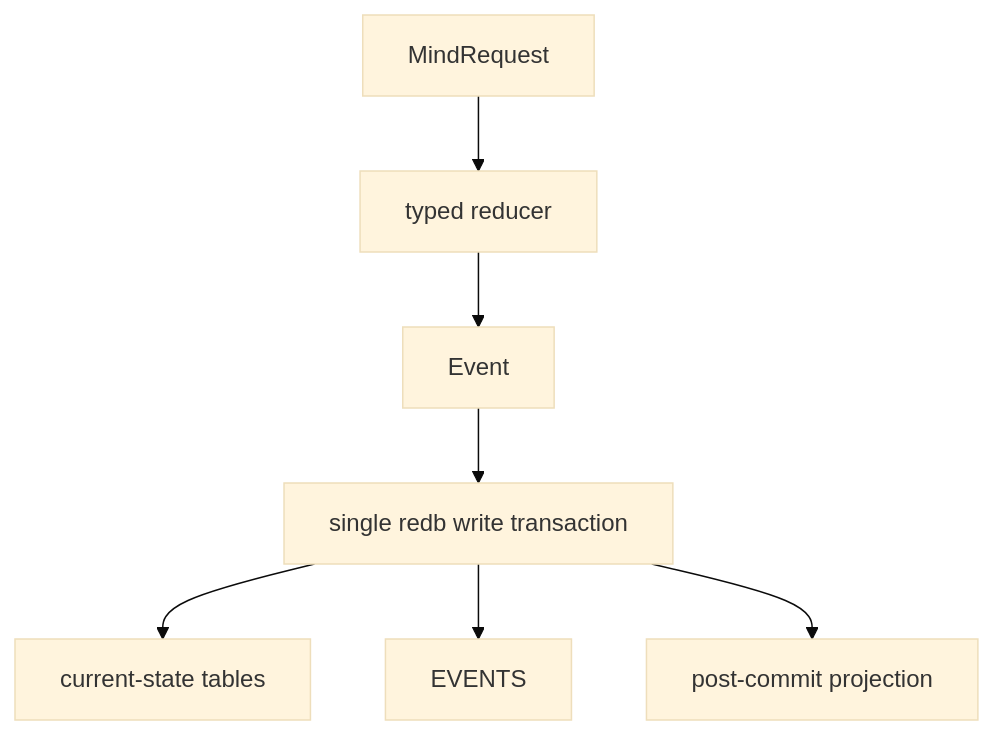
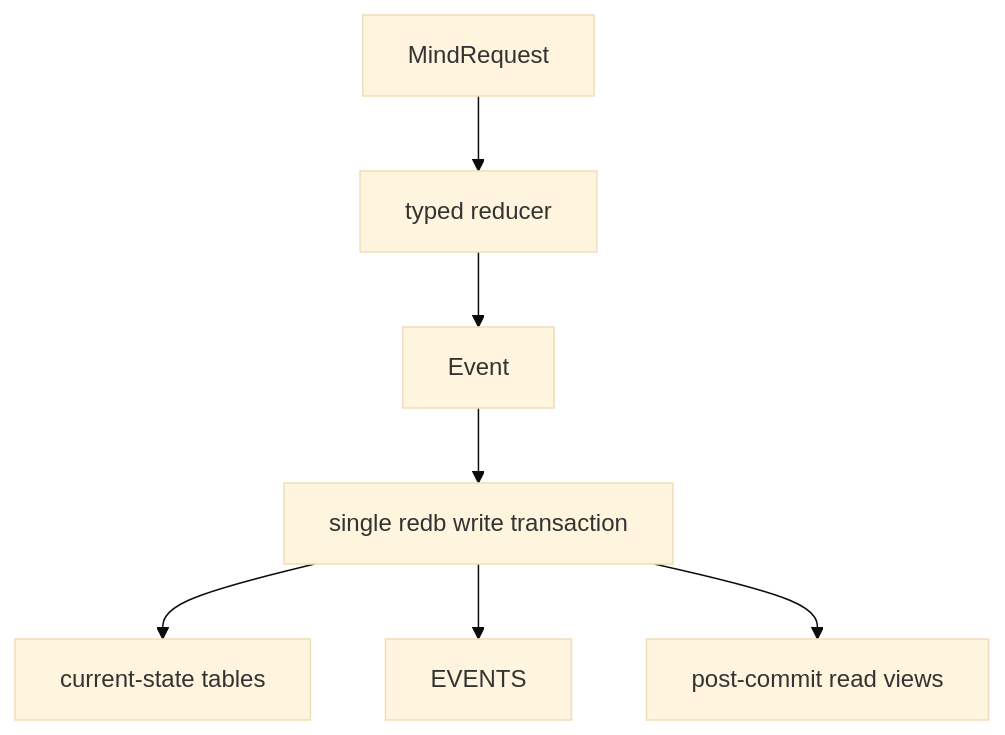
Diagram 15 of 24 in reports/operator/101-persona-mind-full-architecture-proposal.md (LiGoldragon/primary), drawn with Mermaid (base theme) before and after one commit. The commit also changed other lines of this file, not shown here.

Commit message:
expand persona-mind actor architecture visuals

````diff
--- a/reports/operator/101-persona-mind-full-architecture-proposal.md
+++ b/reports/operator/101-persona-mind-full-architecture-proposal.md
@@ -191,9 +503,9 @@
 ```mermaid
 flowchart TB
     req["MindRequest"] --> reducer["typed reducer"]
     reducer --> event["Event"]
     event --> commit["single redb write transaction"]
     commit --> tables["current-state tables"]
     commit --> log["EVENTS"]
-    commit --> post["post-commit projection"]
+    commit --> views["post-commit read views"]
 ```
````
